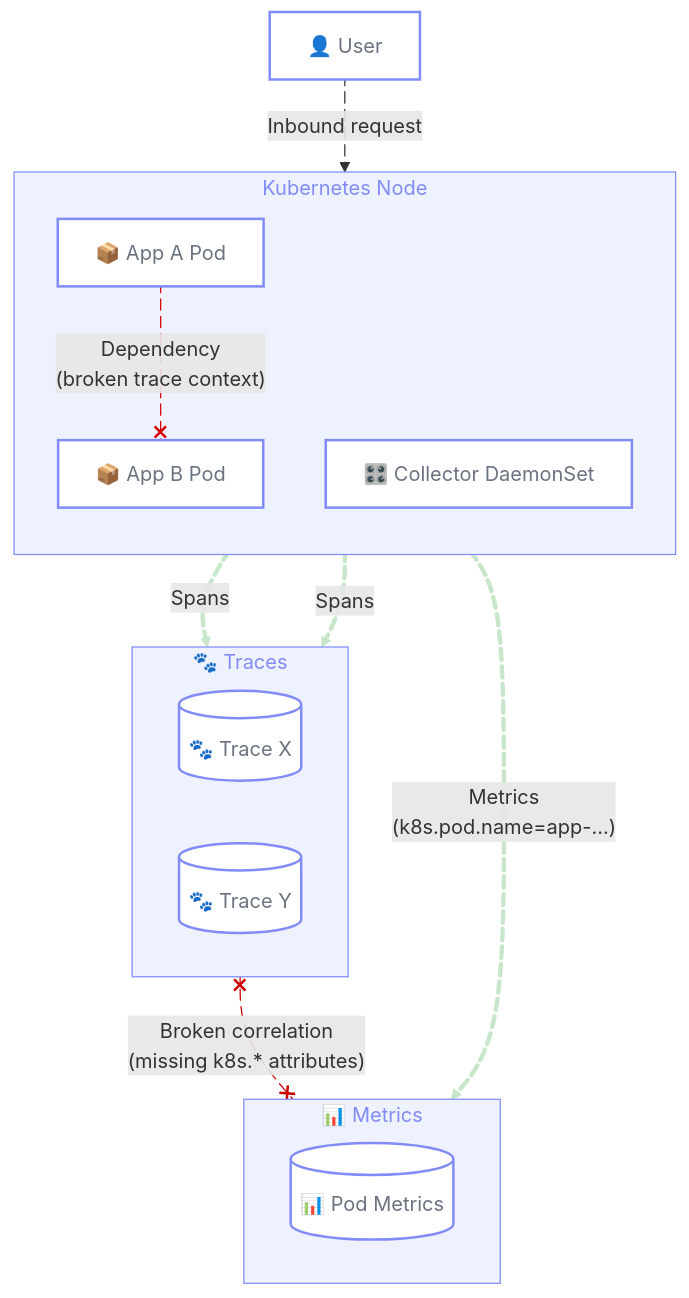
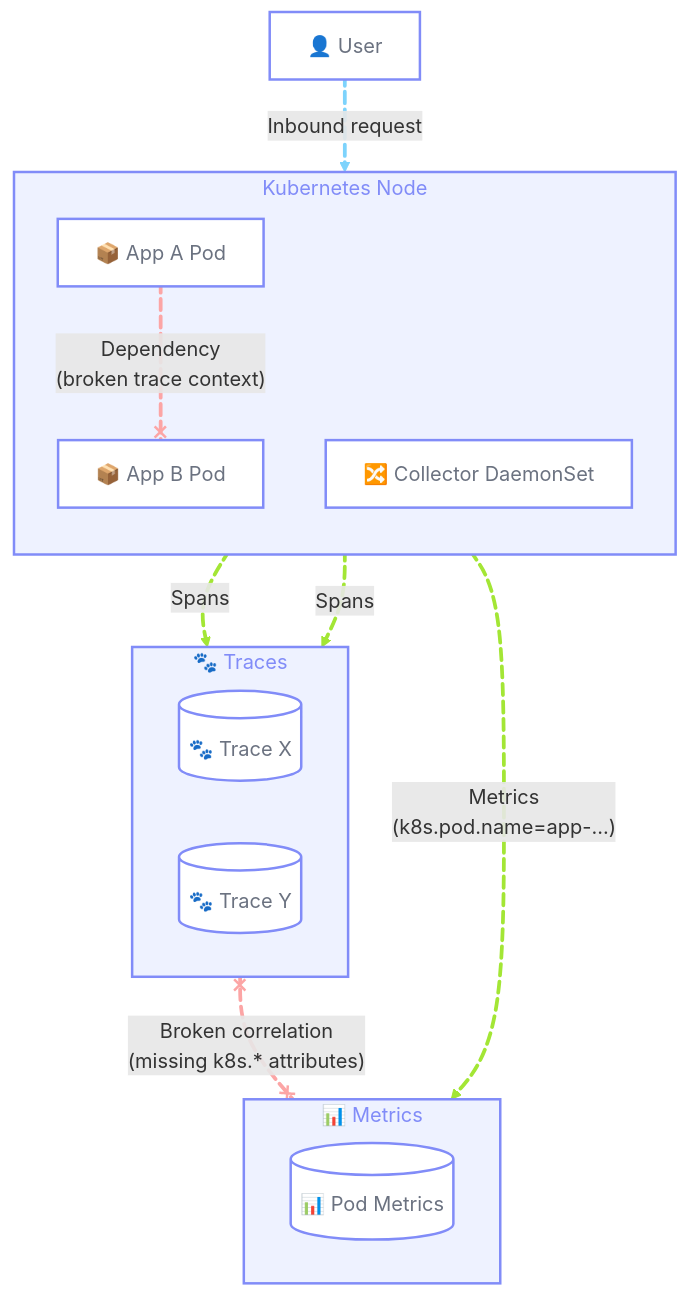
One commit to open-telemetry/opentelemetry.io changed the first of 4 diagrams in content/en/docs/guidance/blueprints/centralized-platforms.md. Above: the diagram before and after it, drawn with Mermaid. The commit also changed other lines of this file, not shown here.

Commit message:
Add diagram 2 and colour changes

````diff
--- a/content/en/docs/guidance/blueprints/centralized-platforms.md
+++ b/content/en/docs/guidance/blueprints/centralized-platforms.md
@@ -82,48 +82,49 @@
 ```mermaid
 ---
 config:
   flowchart:
     curve: basis
 ---
 flowchart TB
   subgraph K8sNode["Kubernetes Node"]
     direction TB
     AppA["📦 App A Pod"]:::node
     AppB["📦 App B Pod"]:::node
-    Collector["🎛️ Collector DaemonSet"]:::node
+    Collector["🔀️ Collector DaemonSet"]:::node
   end
 
   subgraph TracesDB["🐾️ Traces"]
     direction LR
     TraceX[("🐾 Trace X")]:::node
     TraceY[("🐾 Trace Y")]:::node
   end
 
   subgraph MetricsDB["📊️ Metrics"]
     Metrics[("📊 Pod Metrics")]:::node
   end
 
   User["👤 User"]:::node
 
   User L_User_AppA@-- Inbound request --> AppA
   AppA L_AppA_AppB@-. "Dependency<br>(broken trace context)" .-x AppB
   TracesDB L_TracesDB_MetricsDB@x-. "Broken correlation<br>(missing k8s.* attributes)" .-x MetricsDB
   AppA L_AppA_TraceX@== Spans ==> TraceX
   AppB L_AppB_TraceY@== Spans ==> TraceY
   Collector L_Collector_MetricsDB@== "Metrics<br>(k8s.pod.name=app-...)" ==> MetricsDB
 
   classDef node fill:#ffffff, stroke:#818cf8, stroke-width:2px, color:#6b7280
-  style K8sNode fill:#eef2ff, stroke:#818cf8, stroke-width:1px, color:#818cf8
-  style TracesDB fill:#eef2ff, stroke:#818cf8, stroke-width:1px, color:#818cf8
-  style MetricsDB fill:#eef2ff, stroke:#818cf8, stroke-width:1px, color:#818cf8
-  linkStyle 1 stroke:#D50000, fill:none
-  linkStyle 2 stroke:#cc0000, fill:none
-  linkStyle 3,4,5 stroke:#C8E6C9, fill:none
+  style K8sNode fill:#eef2ff, stroke:#818cf8, stroke-width:2px, color:#818cf8
+  style TracesDB fill:#eef2ff, stroke:#818cf8, stroke-width:2px, color:#818cf8
+  style MetricsDB fill:#eef2ff, stroke:#818cf8, stroke-width:2px, color:#818cf8
+  linkStyle 0 stroke:#7dd3fc, fill:none, stroke-width:3px
+  linkStyle 1 stroke:#fca5a5, fill:none, stroke-width:3px
+  linkStyle 2 stroke:#fca5a5, fill:none, stroke-width:3px
+  linkStyle 3,4,5 stroke:#a3e635, fill:none, stroke-width:3px
 
   L_User_AppA@{ animation: slow }
   L_AppA_AppB@{ animation: slow }
   L_TracesDB_MetricsDB@{ animation: slow }
   L_AppA_TraceX@{ animation: fast }
   L_AppB_TraceY@{ animation: fast }
   L_Collector_MetricsDB@{ animation: fast }
 ```
````
